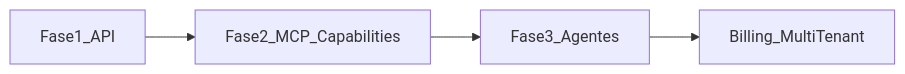
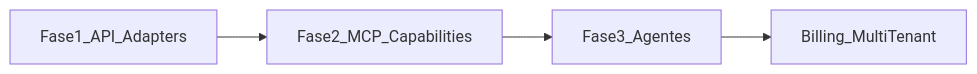
Before and after one commit to zmallApi/syn-ladingpage: the third of 3 diagrams in docs/PLAN.md, drawn with Mermaid. The commit also changed other lines of this file and 123 other files, not shown here.

````diff
--- a/docs/PLAN.md
+++ b/docs/PLAN.md
@@ -234,6 +387,6 @@
 ```mermaid
 flowchart LR
-    F1[Fase1_API] --> F2[Fase2_MCP_Capabilities]
+    F1[Fase1_API_Adapters] --> F2[Fase2_MCP_Capabilities]
     F2 --> F3[Fase3_Agentes]
     F3 --> SaaS[Billing_MultiTenant]
 ```
````
